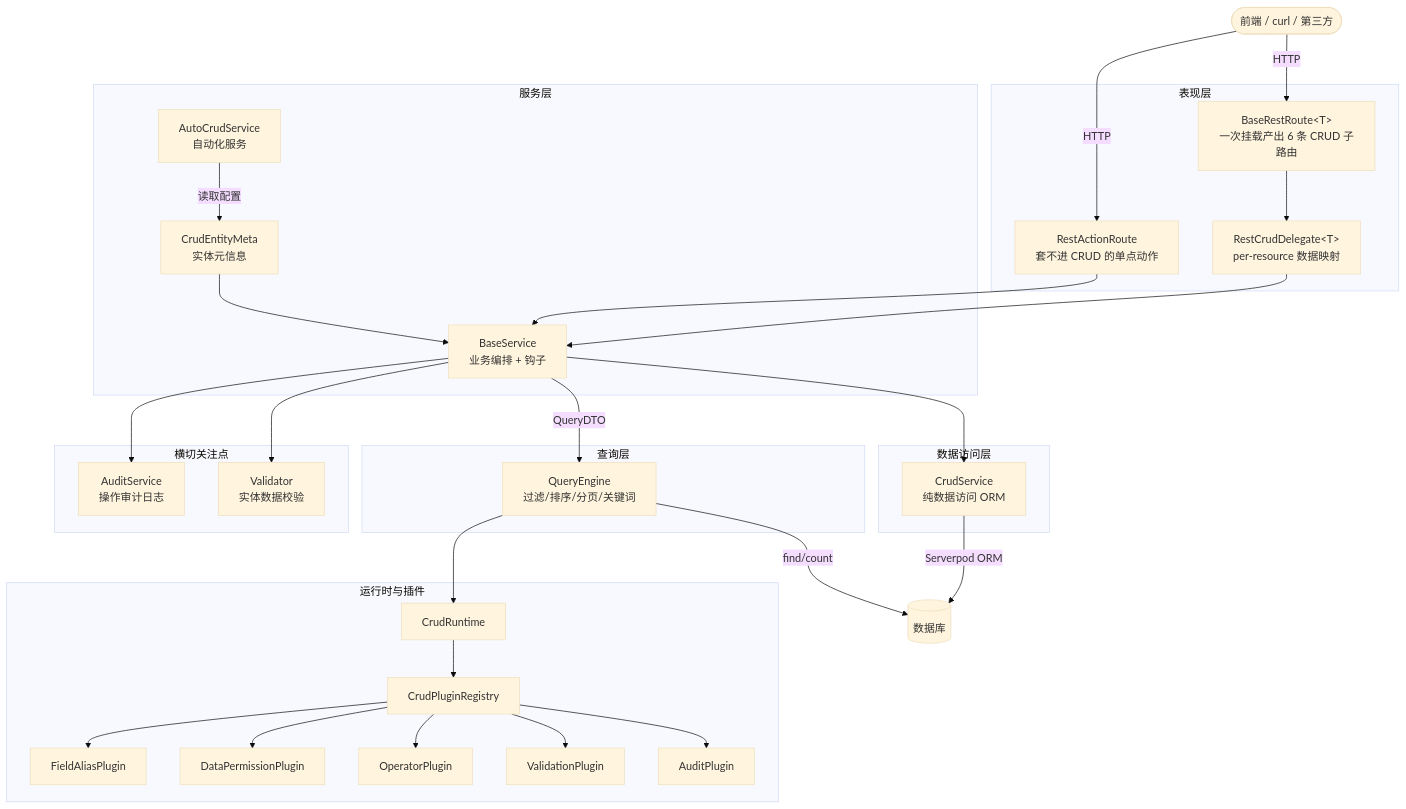
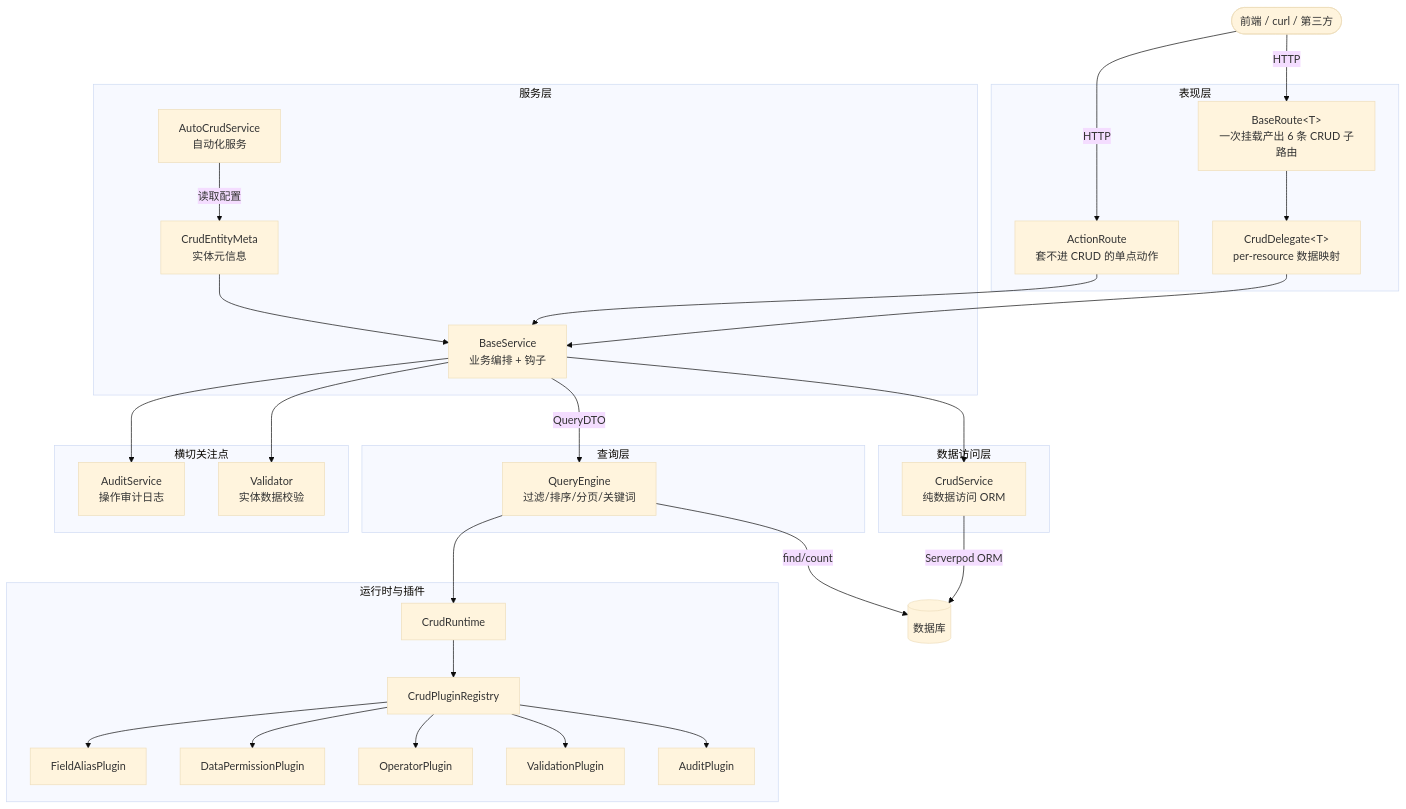
The first of 8 diagrams in serverpod_crud/README.md (coderxsle/flutter_web_admin), drawn with Mermaid (base theme) before and after one commit. The commit also changed other lines of this file and 63 other files, not shown here.

````diff
--- a/serverpod_crud/README.md
+++ b/serverpod_crud/README.md
@@ -84,53 +87,53 @@
 ```mermaid
 graph TB
     subgraph 表现层
-        RRT[BaseRestRoute&lt;T&gt;<br/>一次挂载产出 6 条 CRUD 子路由]
-        RAR[RestActionRoute<br/>套不进 CRUD 的单点动作]
-        DEL[RestCrudDelegate&lt;T&gt;<br/>per-resource 数据映射]
+        RRT[BaseRoute&lt;T&gt;<br/>一次挂载产出 6 条 CRUD 子路由]
+        RAR[ActionRoute<br/>套不进 CRUD 的单点动作]
+        DEL[CrudDelegate&lt;T&gt;<br/>per-resource 数据映射]
     end
 
     subgraph 服务层
         ACS[AutoCrudService<br/>自动化服务]
         BS[BaseService<br/>业务编排 + 钩子]
         CEM[CrudEntityMeta<br/>实体元信息]
     end
 
     subgraph 数据访问层
         CS[CrudService<br/>纯数据访问 ORM]
     end
 
     subgraph 查询层
         QE[QueryEngine<br/>过滤/排序/分页/关键词]
     end
 
     subgraph 运行时与插件
         RT[CrudRuntime]
         PR[CrudPluginRegistry]
         P1[FieldAliasPlugin]
         P2[DataPermissionPlugin]
         P3[OperatorPlugin]
         P4[ValidationPlugin]
         P5[AuditPlugin]
     end
 
     subgraph 横切关注点
         AUD[AuditService<br/>操作审计日志]
         VAL[Validator<br/>实体数据校验]
     end
 
     Client([前端 / curl / 第三方]) -->|HTTP| RRT
     Client -->|HTTP| RAR
     RRT --> DEL
     DEL --> BS
     RAR --> BS
     ACS -->|读取配置| CEM
     CEM --> BS
     BS --> CS
     BS -->|QueryDTO| QE
     QE --> RT
     RT --> PR
     PR --> P1 & P2 & P3 & P4 & P5
     BS --> AUD & VAL
     CS -->|Serverpod ORM| DB[(数据库)]
     QE -->|find/count| DB
 ```
````
